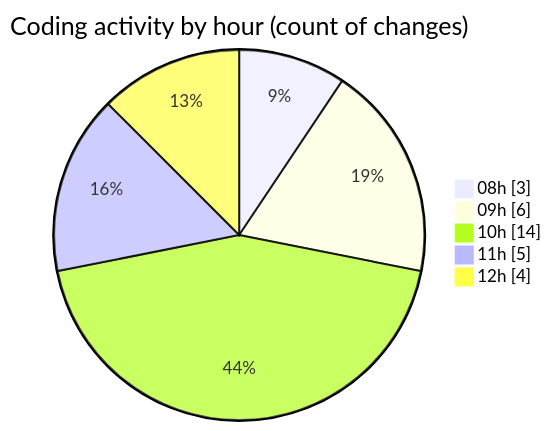
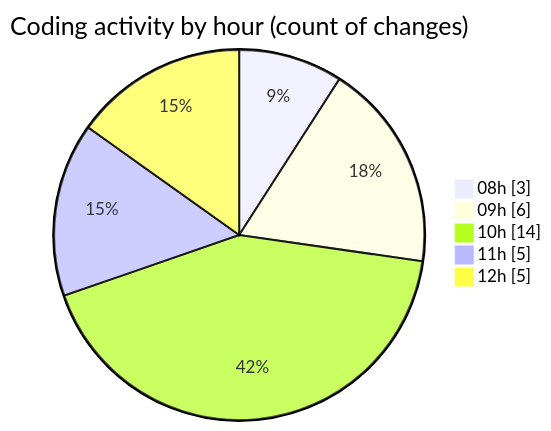
One commit to BS-eng2023/code-tracking changed the second of 2 diagrams in 2025-04-01/jsvms/README.md. Above: the diagram before and after it, drawn with Mermaid. The commit also changed other lines of this file and 1 other file, not shown here.

````diff
--- a/2025-04-01/jsvms/README.md
+++ b/2025-04-01/jsvms/README.md
@@ -44,9 +44,9 @@
 ```mermaid
 pie showData
 title Coding activity by hour (count of changes)
 "08h" : 3
 "09h" : 6
 "10h" : 14
 "11h" : 5
-"12h" : 4
+"12h" : 5
 ```
````
